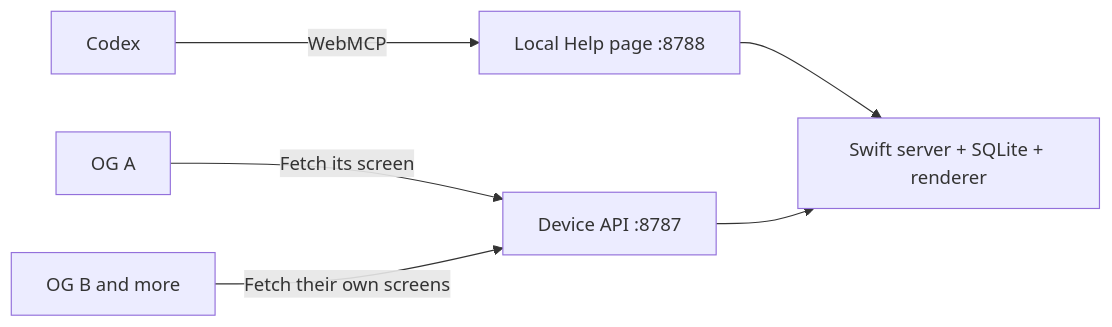
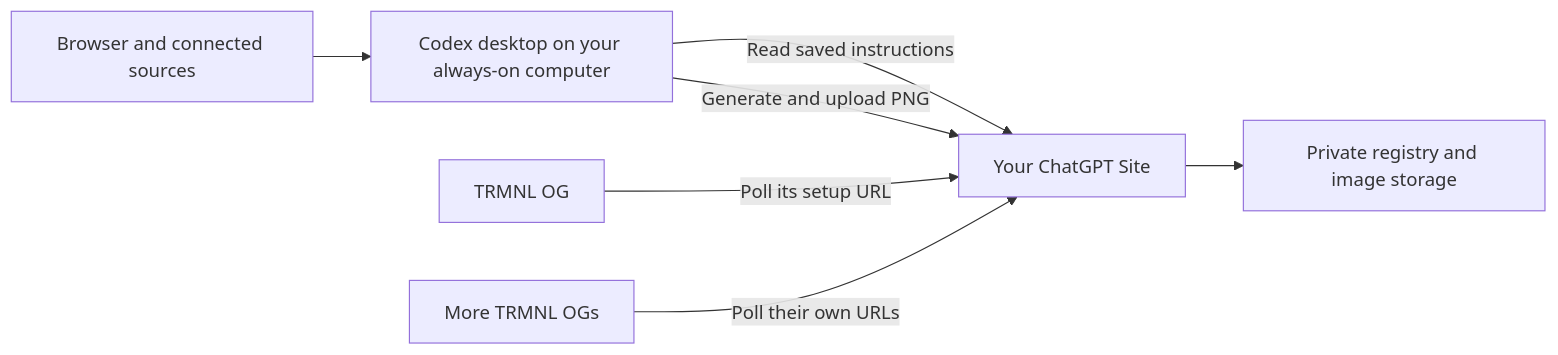
Before and after one commit to NerdOutInc/little-screens: the diagram in README.md, drawn with Mermaid. The commit also changed other lines of this file and 176 other files, not shown here.

Commit message:
Replace native server with reusable TRMNL Site and desktop updater

````diff
--- a/README.md
+++ b/README.md
@@ -103,8 +35,9 @@
 ```mermaid
 flowchart LR
-    Codex -->|WebMCP| Help[Local Help page :8788]
-    Help --> App[Swift server + SQLite + renderer]
-    A[OG A] -->|Fetch its screen| LAN[Device API :8787]
-    B[OG B and more] -->|Fetch their own screens| LAN
-    LAN --> App
+  Sources[Browser and connected sources] --> Codex[Codex desktop on your always-on computer]
+  Codex -->|Read saved instructions| Site[Your ChatGPT Site]
+  Codex -->|Generate and upload PNG| Site
+  Site --> Storage[Private registry and image storage]
+  A[TRMNL OG] -->|Poll its setup URL| Site
+  B[More TRMNL OGs] -->|Poll their own URLs| Site
 ```
````
